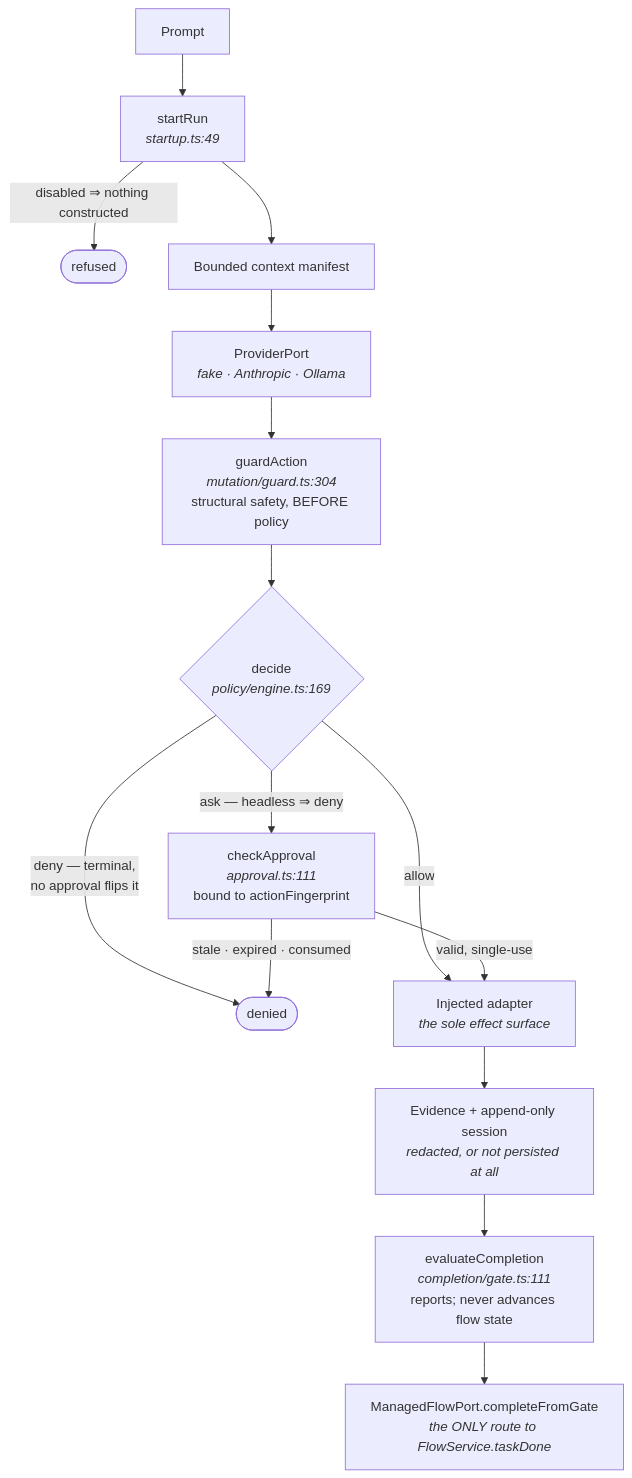
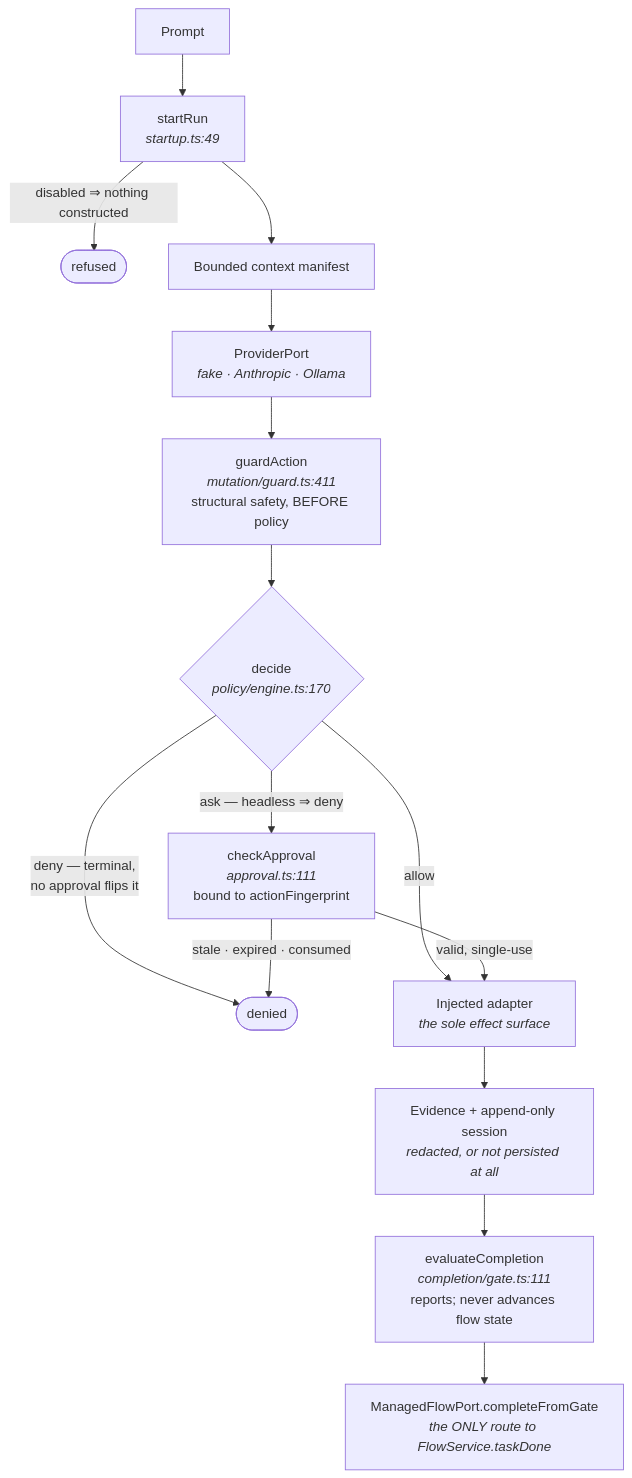
The second of 6 diagrams in docs/docs/architecture.md (MrCipherSmith/keryx), drawn with Mermaid before and after one commit. The commit also changed other lines of this file and 1 other file, not shown here.

First line of the commit message:
docs(architecture,harness): align module map, gates and citations with the code

````diff
--- a/docs/docs/architecture.md
+++ b/docs/docs/architecture.md
@@ -259,17 +261,17 @@
 ```mermaid
 flowchart TB
   P["Prompt"] --> ST["startRun<br/><i>startup.ts:49</i>"]
   ST -->|"disabled ⇒ nothing constructed"| X1(["refused"])
   ST --> CTX["Bounded context manifest"]
   CTX --> PR["ProviderPort<br/><i>fake · Anthropic · Ollama</i>"]
-  PR --> GA["guardAction<br/><i>mutation/guard.ts:304</i><br/>structural safety, BEFORE policy"]
-  GA --> D{"decide<br/><i>policy/engine.ts:169</i>"}
+  PR --> GA["guardAction<br/><i>mutation/guard.ts:411</i><br/>structural safety, BEFORE policy"]
+  GA --> D{"decide<br/><i>policy/engine.ts:170</i>"}
   D -->|"deny — terminal,<br/>no approval flips it"| X2(["denied"])
   D -->|"ask — headless ⇒ deny"| AP["checkApproval<br/><i>approval.ts:111</i><br/>bound to actionFingerprint"]
   D -->|"allow"| EX
   AP -->|"valid, single-use"| EX["Injected adapter<br/><i>the sole effect surface</i>"]
   AP -->|"stale · expired · consumed"| X2
   EX --> EV["Evidence + append-only session<br/><i>redacted, or not persisted at all</i>"]
   EV --> CG["evaluateCompletion<br/><i>completion/gate.ts:111</i><br/>reports; never advances flow state"]
   CG --> MFP["ManagedFlowPort.completeFromGate<br/><i>the ONLY route to FlowService.taskDone</i>"]
 ```
````
